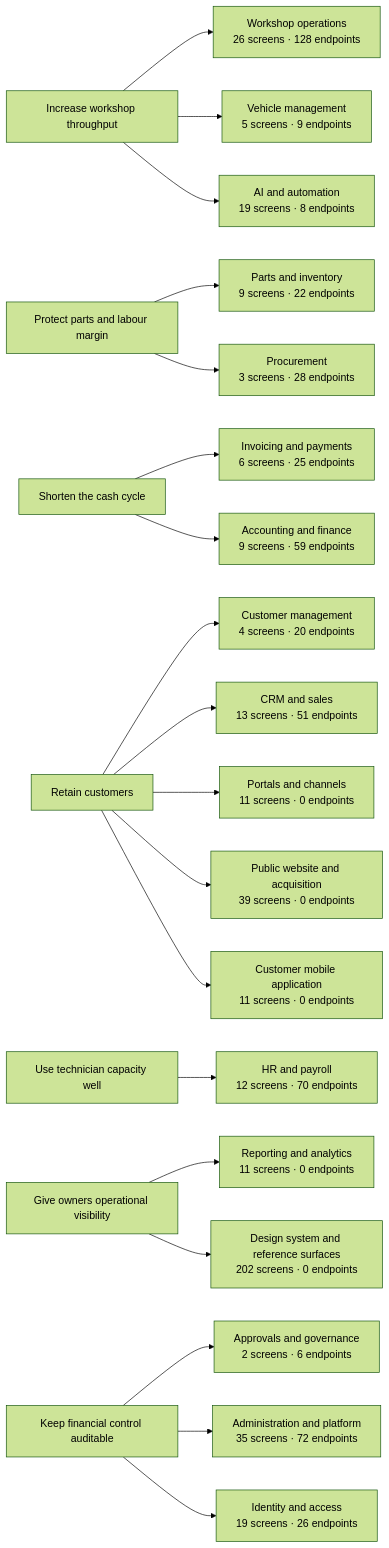
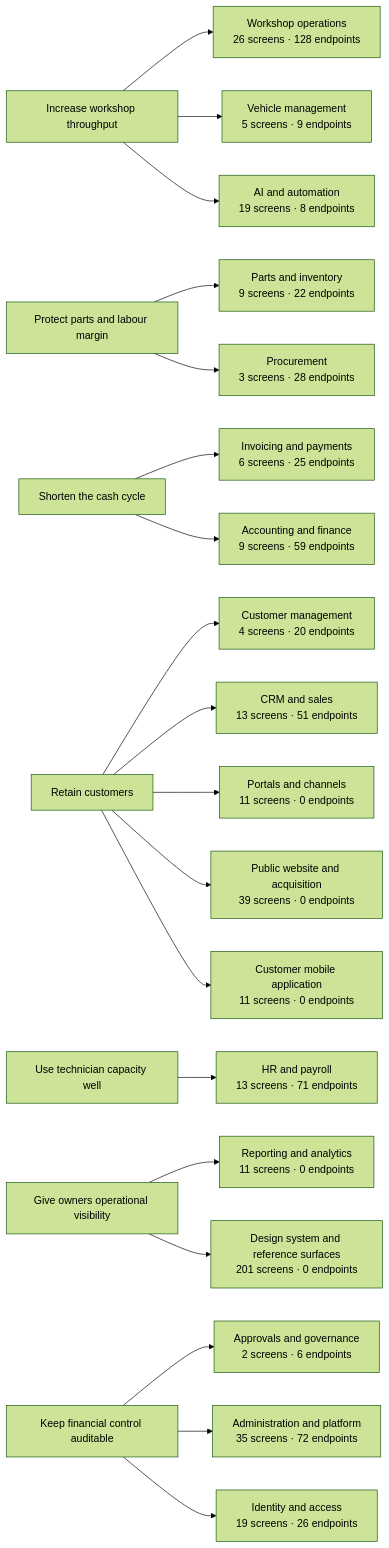
One commit to tazamohd/SlClNe changed the diagram in docs/07_BUSINESS_ANALYSIS/BUSINESS_CAPABILITY_MAP.md. Above: the diagram before and after it, drawn with Mermaid (forest theme). The commit also changed other lines of this file and 42 other files, not shown here.

````diff
--- a/docs/07_BUSINESS_ANALYSIS/BUSINESS_CAPABILITY_MAP.md
+++ b/docs/07_BUSINESS_ANALYSIS/BUSINESS_CAPABILITY_MAP.md
@@ -22,46 +22,46 @@
 ```mermaid
 flowchart LR
   OBJ_THROUGHPUT["Increase workshop throughput"]
   OBJ_MARGIN["Protect parts and labour margin"]
   OBJ_CASH["Shorten the cash cycle"]
   OBJ_RETENTION["Retain customers"]
   OBJ_CAPACITY["Use technician capacity well"]
   OBJ_VISIBILITY["Give owners operational visibility"]
   OBJ_CONTROL["Keep financial control auditable"]
   CAP_WORKSHOP["Workshop operations<br/>26 screens · 128 endpoints"]
   OBJ_THROUGHPUT --> CAP_WORKSHOP
   CAP_CUSTOMERS["Customer management<br/>4 screens · 20 endpoints"]
   OBJ_RETENTION --> CAP_CUSTOMERS
   CAP_VEHICLES["Vehicle management<br/>5 screens · 9 endpoints"]
   OBJ_THROUGHPUT --> CAP_VEHICLES
   CAP_INVENTORY["Parts and inventory<br/>9 screens · 22 endpoints"]
   OBJ_MARGIN --> CAP_INVENTORY
   CAP_PROCUREMENT["Procurement<br/>3 screens · 28 endpoints"]
   OBJ_MARGIN --> CAP_PROCUREMENT
   CAP_BILLING["Invoicing and payments<br/>6 screens · 25 endpoints"]
   OBJ_CASH --> CAP_BILLING
   CAP_ACCOUNTING["Accounting and finance<br/>9 screens · 59 endpoints"]
   OBJ_CASH --> CAP_ACCOUNTING
-  CAP_HR["HR and payroll<br/>12 screens · 70 endpoints"]
+  CAP_HR["HR and payroll<br/>13 screens · 71 endpoints"]
   OBJ_CAPACITY --> CAP_HR
   CAP_CRM["CRM and sales<br/>13 screens · 51 endpoints"]
   OBJ_RETENTION --> CAP_CRM
   CAP_REPORTING["Reporting and analytics<br/>11 screens · 0 endpoints"]
   OBJ_VISIBILITY --> CAP_REPORTING
   CAP_GOVERNANCE["Approvals and governance<br/>2 screens · 6 endpoints"]
   OBJ_CONTROL --> CAP_GOVERNANCE
   CAP_PORTALS["Portals and channels<br/>11 screens · 0 endpoints"]
   OBJ_RETENTION --> CAP_PORTALS
   CAP_AI["AI and automation<br/>19 screens · 8 endpoints"]
   OBJ_THROUGHPUT --> CAP_AI
   CAP_PLATFORM["Administration and platform<br/>35 screens · 72 endpoints"]
   OBJ_CONTROL --> CAP_PLATFORM
   CAP_IDENTITY["Identity and access<br/>19 screens · 26 endpoints"]
   OBJ_CONTROL --> CAP_IDENTITY
   CAP_WEBSITE["Public website and acquisition<br/>39 screens · 0 endpoints"]
   OBJ_RETENTION --> CAP_WEBSITE
   CAP_CUSTOMERAPP["Customer mobile application<br/>11 screens · 0 endpoints"]
   OBJ_RETENTION --> CAP_CUSTOMERAPP
-  CAP_DESIGNSYSTEM["Design system and reference surfaces<br/>202 screens · 0 endpoints"]
+  CAP_DESIGNSYSTEM["Design system and reference surfaces<br/>201 screens · 0 endpoints"]
   OBJ_VISIBILITY --> CAP_DESIGNSYSTEM
 ```
````
